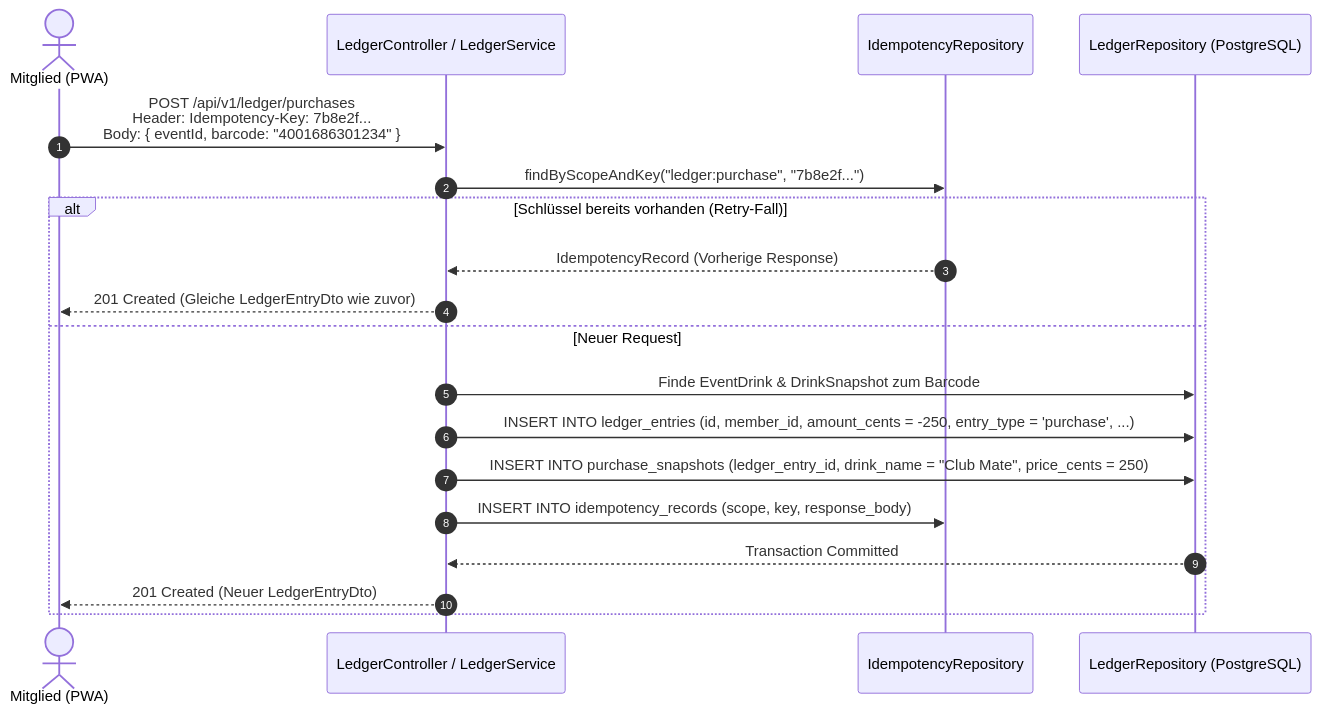
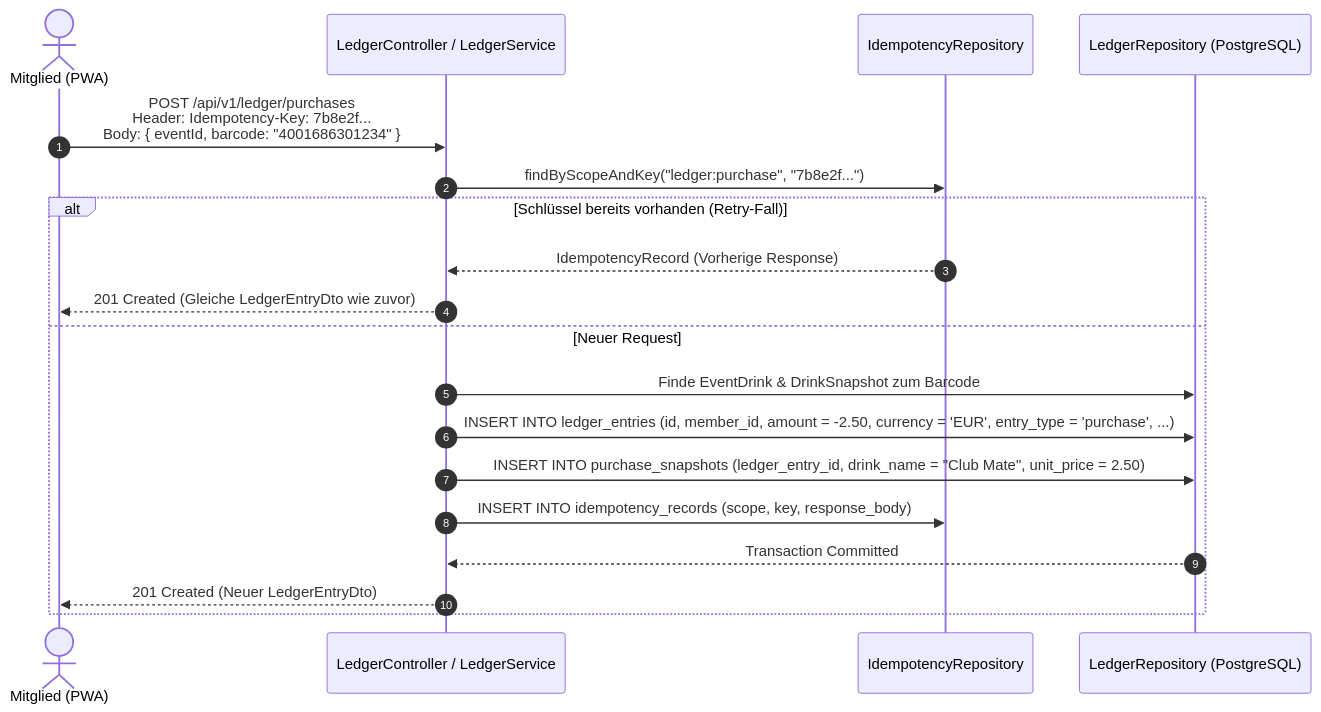
Before and after one commit to damaurer/vereint: the diagram in docs/domains/ledger-and-finance.md, drawn with Mermaid. The commit also changed other lines of this file and 11 other files, not shown here.

Commit message:
Update documentation for drinks, events, users, ledger, and architecture domains with enhanced data model details and API specifications

````diff
--- a/docs/domains/ledger-and-finance.md
+++ b/docs/domains/ledger-and-finance.md
@@ -68,22 +68,22 @@
 ```mermaid
 sequenceDiagram
     autonumber
     actor Member as Mitglied (PWA)
     participant Spring as LedgerController / LedgerService
     participant IdemRepo as IdempotencyRepository
     participant DB as LedgerRepository (PostgreSQL)
 
     Member->>Spring: POST /api/v1/ledger/purchases<br/>Header: Idempotency-Key: 7b8e2f...<br/>Body: { eventId, barcode: "4001686301234" }
     Spring->>IdemRepo: findByScopeAndKey("ledger:purchase", "7b8e2f...")
     alt Schlüssel bereits vorhanden (Retry-Fall)
         IdemRepo-->>Spring: IdempotencyRecord (Vorherige Response)
         Spring-->>Member: 201 Created (Gleiche LedgerEntryDto wie zuvor)
     else Neuer Request
         Spring->>DB: Finde EventDrink & DrinkSnapshot zum Barcode
-        Spring->>DB: INSERT INTO ledger_entries (id, member_id, amount_cents = -250, entry_type = 'purchase', ...)
-        Spring->>DB: INSERT INTO purchase_snapshots (ledger_entry_id, drink_name = "Club Mate", price_cents = 250)
+        Spring->>DB: INSERT INTO ledger_entries (id, member_id, amount = -2.50, currency = 'EUR', entry_type = 'purchase', ...)
+        Spring->>DB: INSERT INTO purchase_snapshots (ledger_entry_id, drink_name = "Club Mate", unit_price = 2.50)
         Spring->>IdemRepo: INSERT INTO idempotency_records (scope, key, response_body)
         DB-->>Spring: Transaction Committed
         Spring-->>Member: 201 Created (Neuer LedgerEntryDto)
     end
 ```
````
